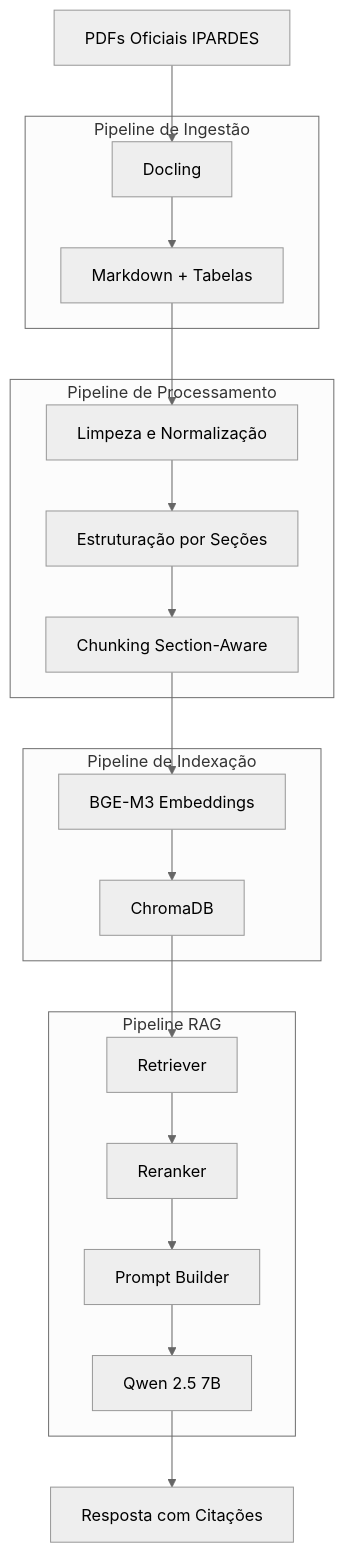
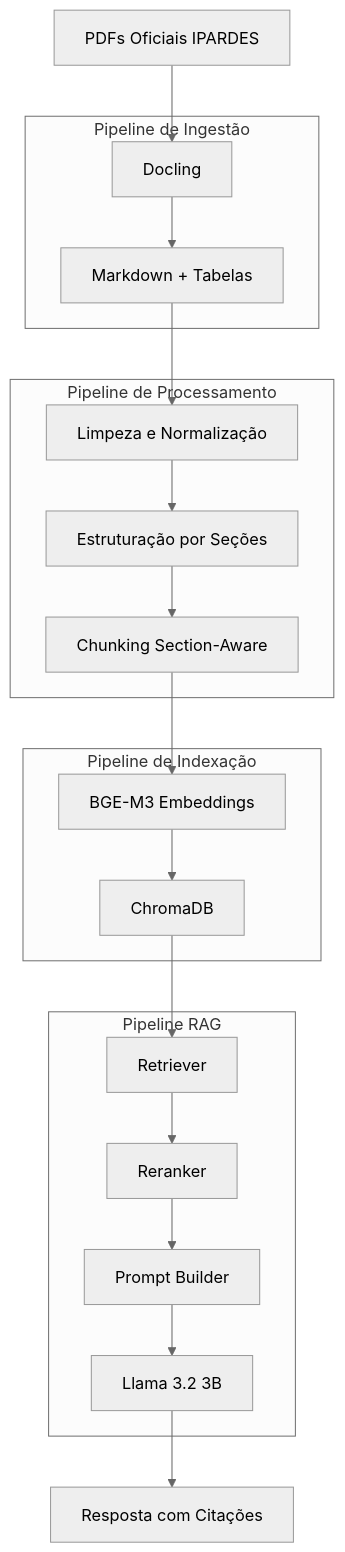
The first of 2 diagrams in docs/ARCHITECTURE.md (vinimeurer/rag-ipardes-parana), drawn with Mermaid (neutral theme) before and after one commit. The commit also changed other lines of this file and 1 other file, not shown here.

Commit message:
Update LLM model decision from qwen2.5:7b to llama3.2:3b

````diff
--- a/docs/ARCHITECTURE.md
+++ b/docs/ARCHITECTURE.md
@@ -156,43 +156,43 @@
 ```mermaid
 flowchart TD
 
     A[PDFs Oficiais IPARDES]
 
     subgraph Pipeline de Ingestão
         B[Docling]
         C[Markdown + Tabelas]
     end
 
     subgraph Pipeline de Processamento
         D[Limpeza e Normalização]
         E[Estruturação por Seções]
         F[Chunking Section-Aware]
     end
 
     subgraph Pipeline de Indexação
         G[BGE-M3 Embeddings]
         H[ChromaDB]
     end
 
     subgraph Pipeline RAG
         I[Retriever]
         J[Reranker]
         K[Prompt Builder]
-        L[Qwen 2.5 7B]
+        L[Llama 3.2 3B]
     end
 
     M[Resposta com Citações]
 
     A --> B
     B --> C
     C --> D
     D --> E
     E --> F
     F --> G
     G --> H
     H --> I
     I --> J
     J --> K
     K --> L
     L --> M
 ```
````
